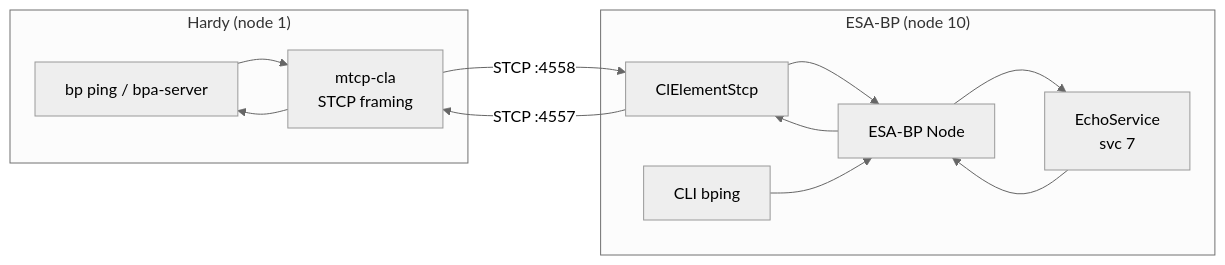
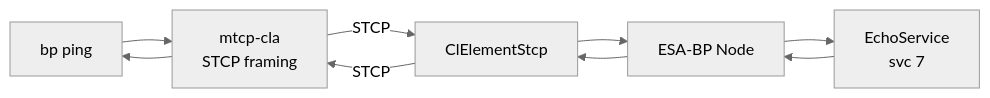
One commit to ricktaylor/hardy changed the first of 2 diagrams in tests/interop/ESA-BP/README.md. Above: the diagram before and after it, drawn with Mermaid (neutral theme). The commit also changed other lines of this file and 1 other file, not shown here.

Commit message:
Ensure ports are correct

````diff
--- a/tests/interop/ESA-BP/README.md
+++ b/tests/interop/ESA-BP/README.md
@@ -32,23 +38,11 @@
 ```mermaid
 flowchart LR
-    subgraph Hardy ["Hardy (node 1)"]
-        BP["bp ping / bpa-server"]
-        CLA["mtcp-cla<br/>STCP framing"]
-    end
-
-    subgraph ESA ["ESA-BP (node 10)"]
-        STCP["ClElementStcp"]
-        NODE["ESA-BP Node"]
-        ECHO["EchoService<br/>svc 7"]
-        BPING["CLI bping"]
-    end
-
-    BP --> CLA
-    CLA -- "STCP :4558" --> STCP
-    STCP --> NODE --> ECHO
-    ECHO --> NODE --> STCP
-    STCP -- "STCP :4557" --> CLA
+    BP["bp ping"] --> CLA["mtcp-cla<br/>STCP framing"]
+    CLA -- "STCP" --> STCP["ClElementStcp"]
+    STCP --> NODE["ESA-BP Node"]
+    NODE --> ECHO["EchoService<br/>svc 7"]
+    ECHO --> NODE
+    NODE --> STCP
+    STCP -- "STCP" --> CLA
     CLA --> BP
-
-    BPING --> NODE
 ```
````
